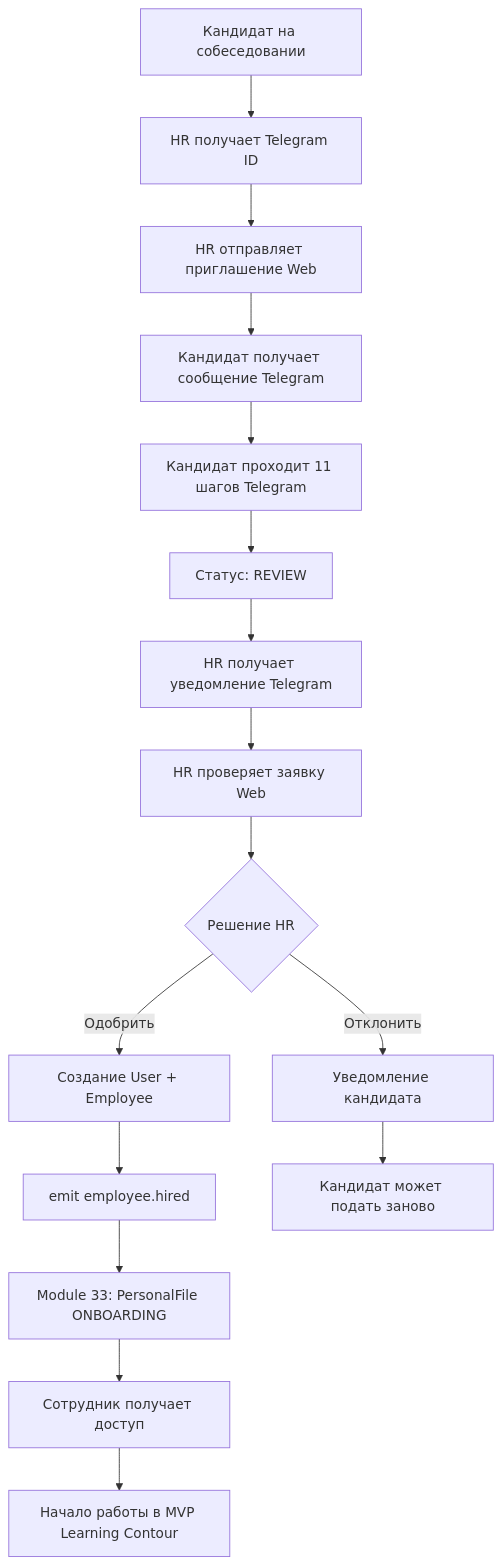
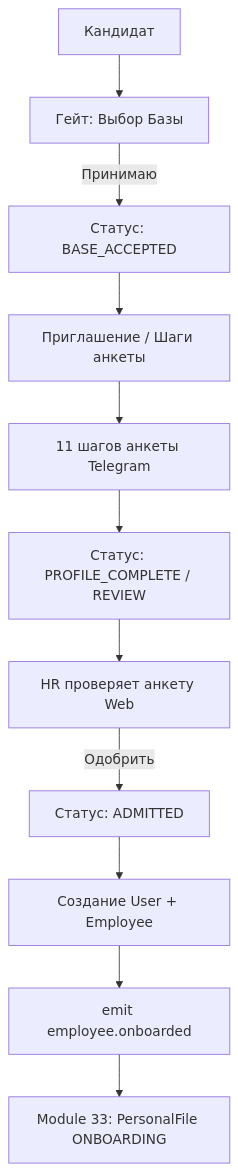
The diagram in documentation/EMPLOYEE-REGISTRATION-PROCESS.md (DeniOne/MatrixGin), drawn with Mermaid before and after one commit. The commit also changed other lines of this file and 28 other files, not shown here.

````diff
--- a/documentation/EMPLOYEE-REGISTRATION-PROCESS.md
+++ b/documentation/EMPLOYEE-REGISTRATION-PROCESS.md
@@ -289,18 +249,13 @@
 ```mermaid
 graph TD
-    A[Кандидат на собеседовании] --> B[HR получает Telegram ID]
-    B --> C[HR отправляет приглашение Web]
-    C --> D[Кандидат получает сообщение Telegram]
-    D --> E[Кандидат проходит 11 шагов Telegram]
-    E --> F[Статус: REVIEW]
-    F --> G[HR получает уведомление Telegram]
-    G --> H[HR проверяет заявку Web]
-    H --> I{Решение HR}
-    I -->|Одобрить| J[Создание User + Employee]
-    I -->|Отклонить| K[Уведомление кандидата]
-    J --> L[emit employee.hired]
-    L --> M[Module 33: PersonalFile ONBOARDING]
-    M --> N[Сотрудник получает доступ]
-    N --> O[Начало работы в MVP Learning Contour]
-    K --> P[Кандидат может подать заново]
+    Start[Кандидат] --> Base[Гейт: Выбор Базы]
+    Base -->|Принимаю| BaseAccepted[Статус: BASE_ACCEPTED]
+    BaseAccepted --> Invite[Приглашение / Шаги анкеты]
+    Invite --> Steps[11 шагов анкеты Telegram]
+    Steps --> Review[Статус: PROFILE_COMPLETE / REVIEW]
+    Review --> HRReview[HR проверяет анкету Web]
+    HRReview -->|Одобрить| Admit[Статус: ADMITTED]
+    Admit --> UserEmp[Создание User + Employee]
+    UserEmp --> Onboarded[emit employee.onboarded]
+    Onboarded --> PF[Module 33: PersonalFile ONBOARDING]
 ```
````
